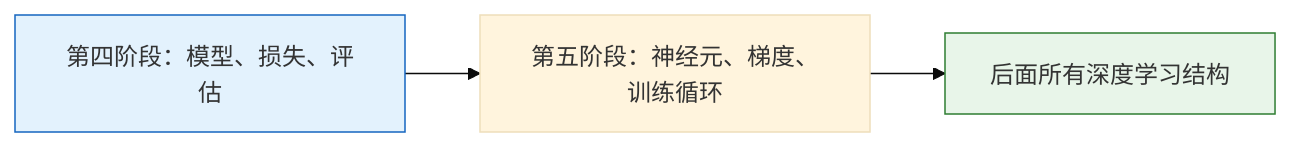
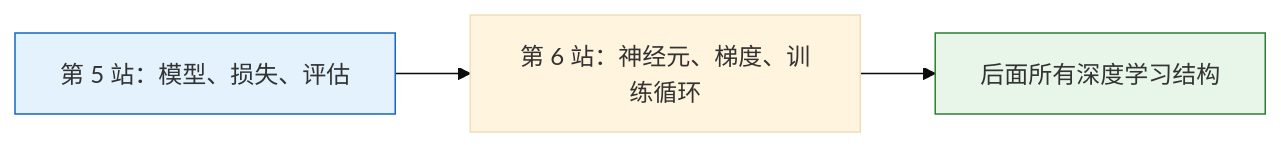
The first of 2 diagrams in docs/stage5/ch01-nn-basics/00-roadmap.md (oudbiao/AI-fullstack-course), drawn with Mermaid (base theme) before and after one commit. The commit also changed other lines of this file and 139 other files, not shown here.

````diff
--- a/docs/stage5/ch01-nn-basics/00-roadmap.md
+++ b/docs/stage5/ch01-nn-basics/00-roadmap.md
@@ -23,8 +23,8 @@
 ```mermaid
 flowchart LR
-    A["第四阶段：模型、损失、评估"] --> B["第五阶段：神经元、梯度、训练循环"]
+    A["第 5 站：模型、损失、评估"] --> B["第 6 站：神经元、梯度、训练循环"]
     B --> C["后面所有深度学习结构"]
 
     style A fill:#e3f2fd,stroke:#1565c0,color:#333
     style C fill:#e8f5e9,stroke:#2e7d32,color:#333
 ```
````
